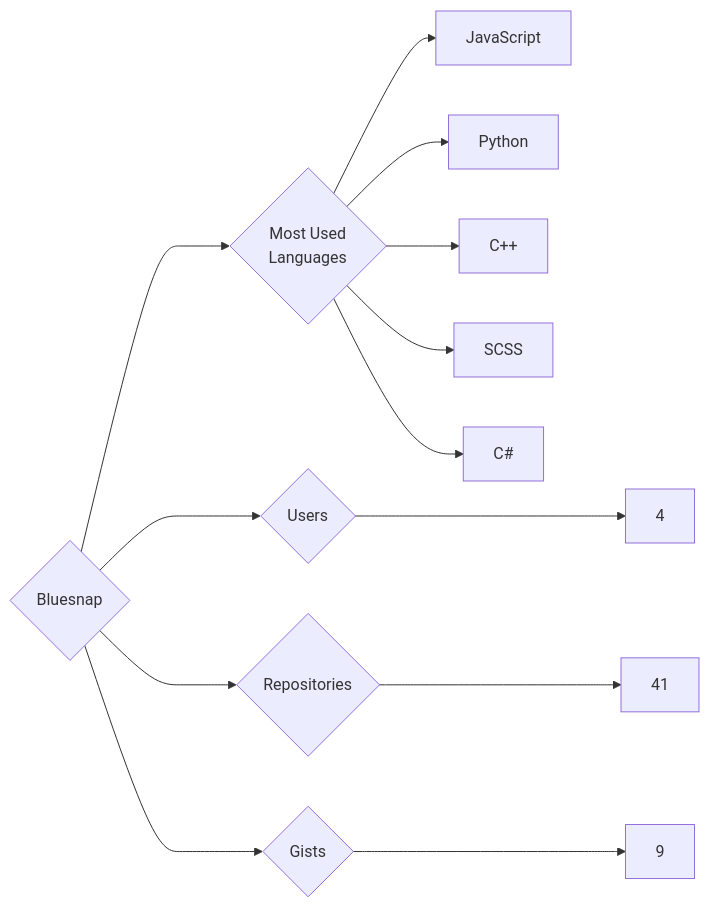
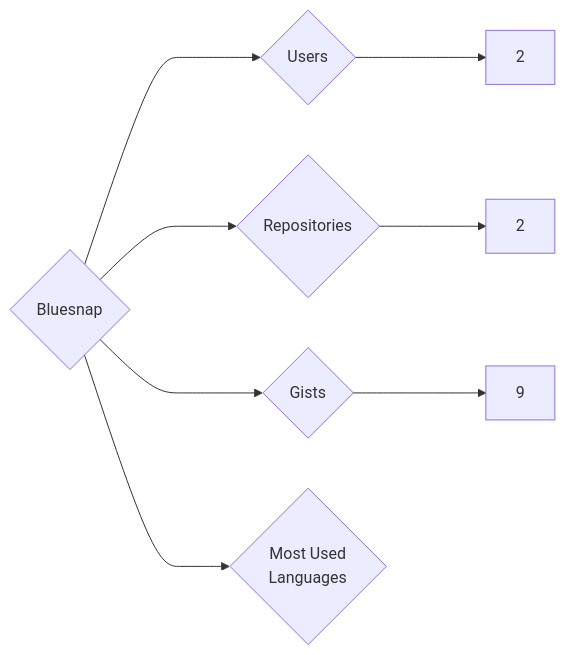
Before and after one commit to trickest/insiders: the diagram in targets/Bluesnap/README.md, drawn with Mermaid. The commit also changed 912 other files, not shown here.

````diff
--- a/targets/Bluesnap/README.md
+++ b/targets/Bluesnap/README.md
@@ -3,13 +3,8 @@
 ```mermaid
 graph LR
 COMPANY_NAME{Bluesnap}
-COMPANY_NAME ---> U{Users} ---> UN[4]
-COMPANY_NAME ---> R{Repositories} ---> RN[41]
+COMPANY_NAME ---> U{Users} ---> UN[2]
+COMPANY_NAME ---> R{Repositories} ---> RN[2]
 COMPANY_NAME ---> G{Gists} ---> GN[9]
 COMPANY_NAME ---> ML{Most Used<br>Languages}
-ML --> JavaScript[JavaScript]
-ML --> Python[Python]
-ML --> C++[C++]
-ML --> SCSS[SCSS]
-ML --> C#[C#]
 ```
````
